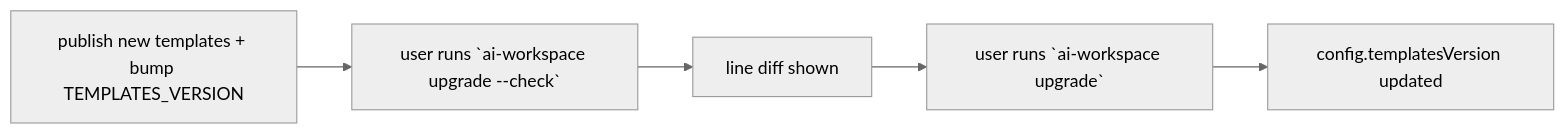
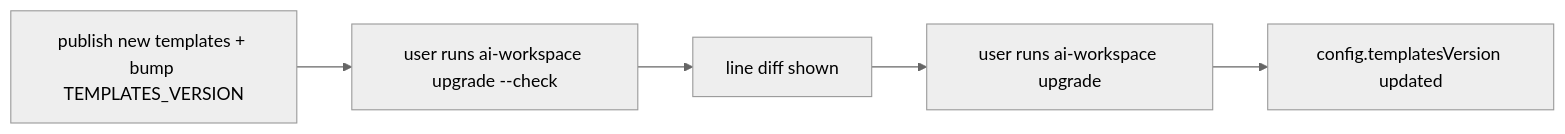
Before and after one commit to grojof/ai-workspace-generator: the diagram in docs/MAINTAINING.md, drawn with Mermaid (neutral theme). The commit also changed 9 other files, not shown here.

First line of the commit message:
docs: integrate QUICKSTART into the READMEs and quote Mermaid labels

````diff
--- a/docs/MAINTAINING.md
+++ b/docs/MAINTAINING.md
@@ -24,7 +24,7 @@
 ```mermaid
 flowchart LR
-  PUB[publish new templates + bump TEMPLATES_VERSION] --> USER[user runs `ai-workspace upgrade --check`]
+  PUB["publish new templates + bump TEMPLATES_VERSION"] --> USER["user runs ai-workspace upgrade --check"]
   USER --> DIFF[line diff shown]
-  DIFF --> APPLY[user runs `ai-workspace upgrade`]
-  APPLY --> BUMP[config.templatesVersion updated]
+  DIFF --> APPLY["user runs ai-workspace upgrade"]
+  APPLY --> BUMP["config.templatesVersion updated"]
 ```
````
